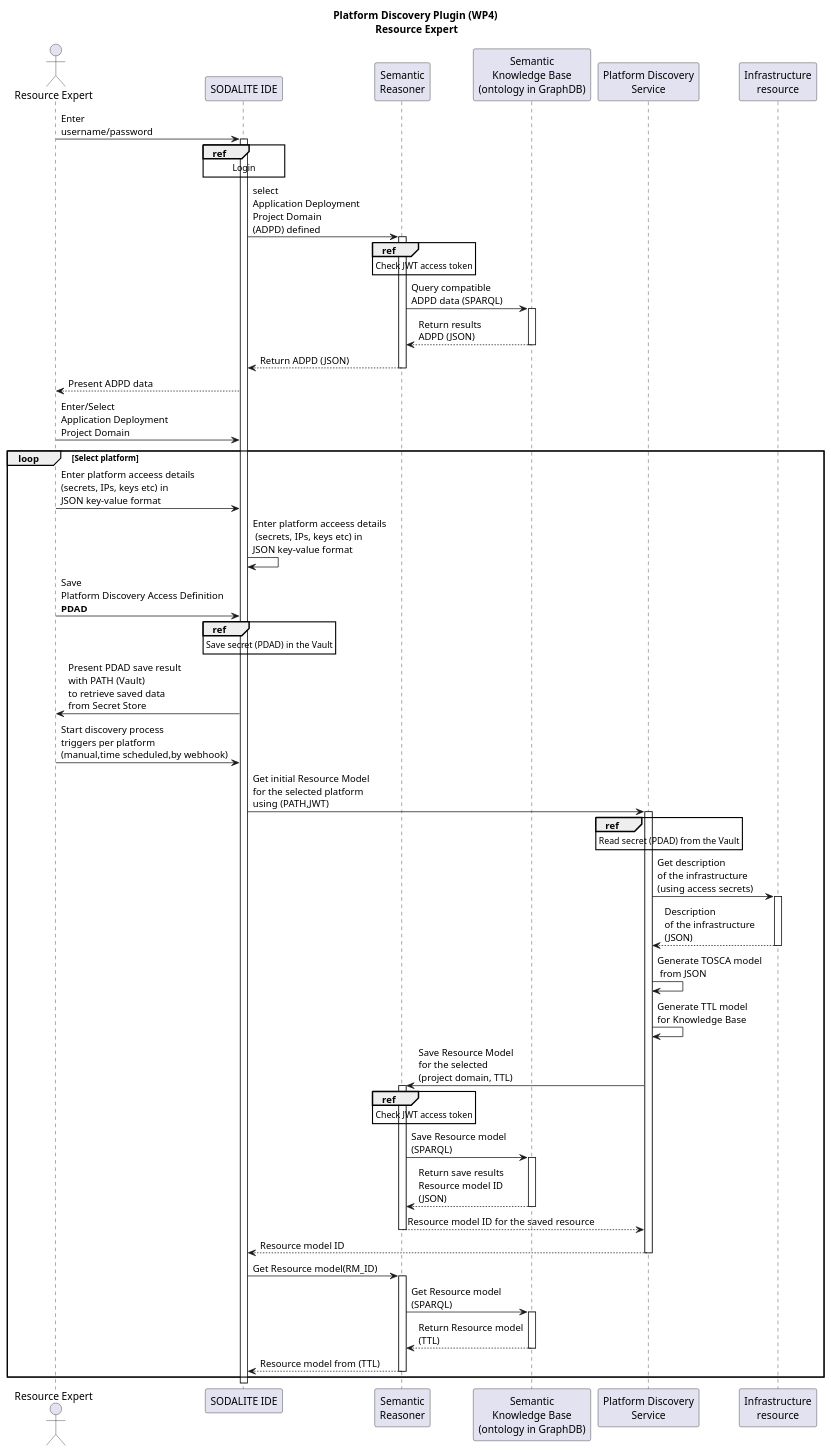
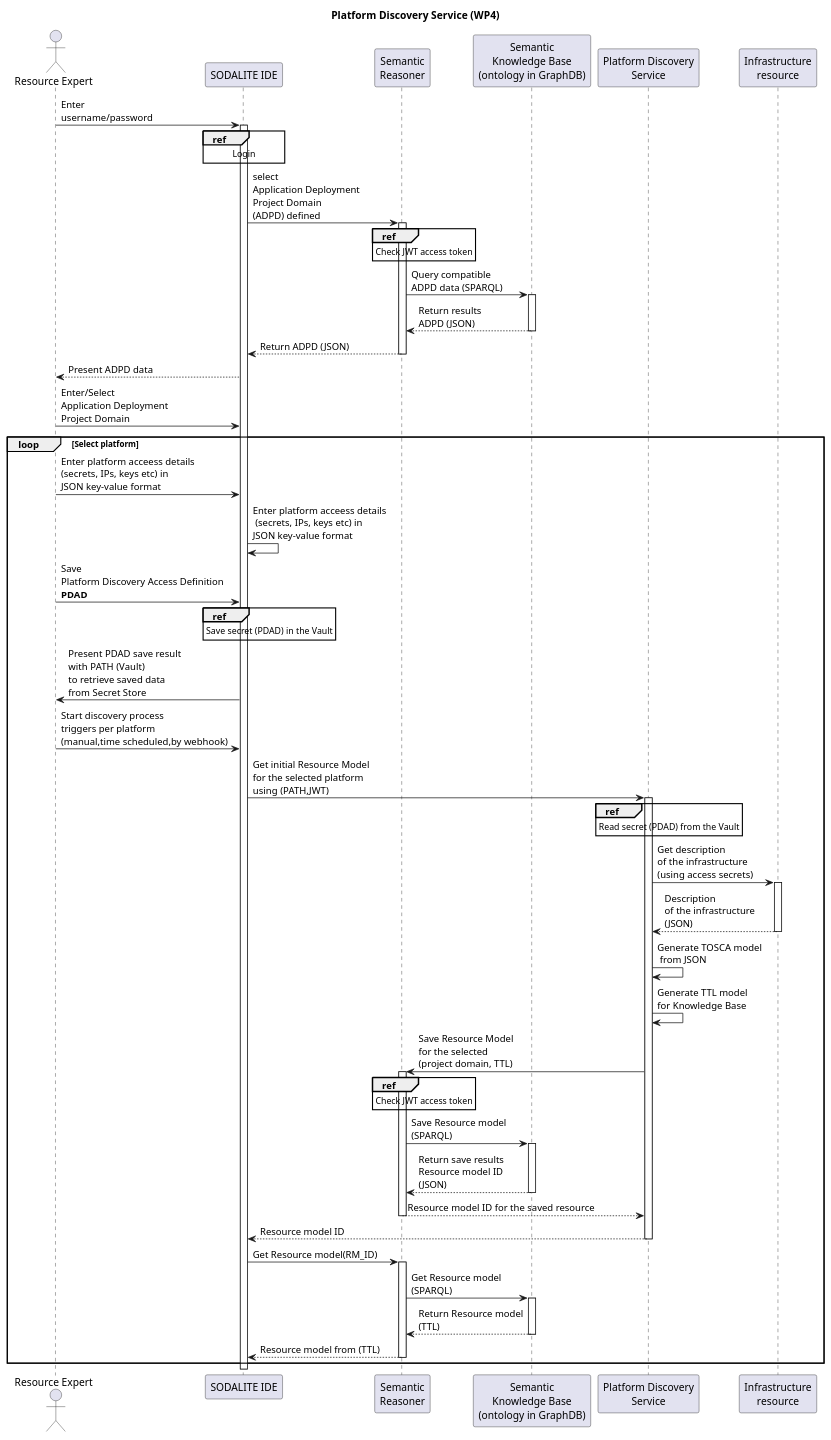
The diagram in uml/sequence-diagrams/UC-17-PlatformDiscovery-WP4.puml (SODALITE-EU/project-wide-documentation), drawn with PlantUML before and after one commit.

Commit message:
Changed the name of the title to Platform Discovery Service

```diff
--- a/uml/sequence-diagrams/UC-17-PlatformDiscovery-WP4.puml
+++ b/uml/sequence-diagrams/UC-17-PlatformDiscovery-WP4.puml
@@ -1,79 +1,79 @@
 @startuml
 
-title Platform Discovery Plugin (WP4)\n Resource Expert
+title Platform Discovery Service (WP4)
 
 actor "Resource Expert" as re
 participant "SODALITE IDE" as editor
 participant "Semantic\nReasoner" as reasoner
 participant "Semantic\nKnowledge Base\n(ontology in GraphDB)" as ontology
 participant "Platform Discovery\nService" as PDS
 participant "Infrastructure\nresource" as resource
 
 re->editor: Enter\nusername/password
 
 activate editor
 ref over editor: Login
 
 editor->reasoner:  select\nApplication Deployment\nProject Domain\n(ADPD) defined
 activate reasoner
 ref over reasoner: Check JWT access token
 
 reasoner->ontology: Query compatible\nADPD data (SPARQL)
 activate ontology
 ontology-->reasoner: Return results\nADPD (JSON)
 deactivate ontology
 reasoner-->editor: Return ADPD (JSON)
 deactivate reasoner
 editor-->re: Present ADPD data
 re->editor: Enter/Select\nApplication Deployment\nProject Domain
 
 loop Select platform
     re->editor: Enter platform acceess details\n(secrets, IPs, keys etc) in\nJSON key-value format
     editor->editor: Enter platform acceess details\n (secrets, IPs, keys etc) in\nJSON key-value format
     'Save the data to secret store as a set of key-value entries (on a uniquiely defined namespace project/platform)
     re->editor: Save\nPlatform Discovery Access Definition\n<b>PDAD
 
     ref over editor: Save secret (PDAD) in the Vault
     editor->re: Present PDAD save result\nwith PATH (Vault)\nto retrieve saved data\nfrom Secret Store
 
     re->editor: Start discovery process\ntriggers per platform\n(manual,time scheduled,by webhook)
 
     editor->PDS: Get initial Resource Model\nfor the selected platform\nusing (PATH,JWT)
     activate PDS
     ref over PDS: Read secret (PDAD) from the Vault
     PDS->resource: Get description\nof the infrastructure\n(using access secrets)
     activate resource
     resource-->PDS: Description\nof the infrastructure\n(JSON)
     deactivate resource
 
     PDS->PDS: Generate TOSCA model\n from JSON
     PDS->PDS: Generate TTL model\nfor Knowledge Base
 
     PDS->reasoner: Save Resource Model\nfor the selected\n(project domain, TTL)
 
     activate reasoner
     ref over reasoner: Check JWT access token
     reasoner->ontology: Save Resource model\n(SPARQL)
     activate ontology
     ontology-->reasoner: Return save results\nResource model ID\n(JSON)
     deactivate ontology
     reasoner-->PDS: Resource model ID for the saved resource
     deactivate reasoner
 
     PDS-->editor: Resource model ID
     deactivate PDS
 
     editor->reasoner: Get Resource model(RM_ID)
     activate reasoner
 
     reasoner->ontology: Get Resource model\n(SPARQL)
     activate ontology
     ontology-->reasoner: Return Resource model\n(TTL)
     deactivate ontology
 
     reasoner-->editor: Resource model from (TTL)
     deactivate reasoner
     deactivate PDS
 
 end
 @enduml
```
